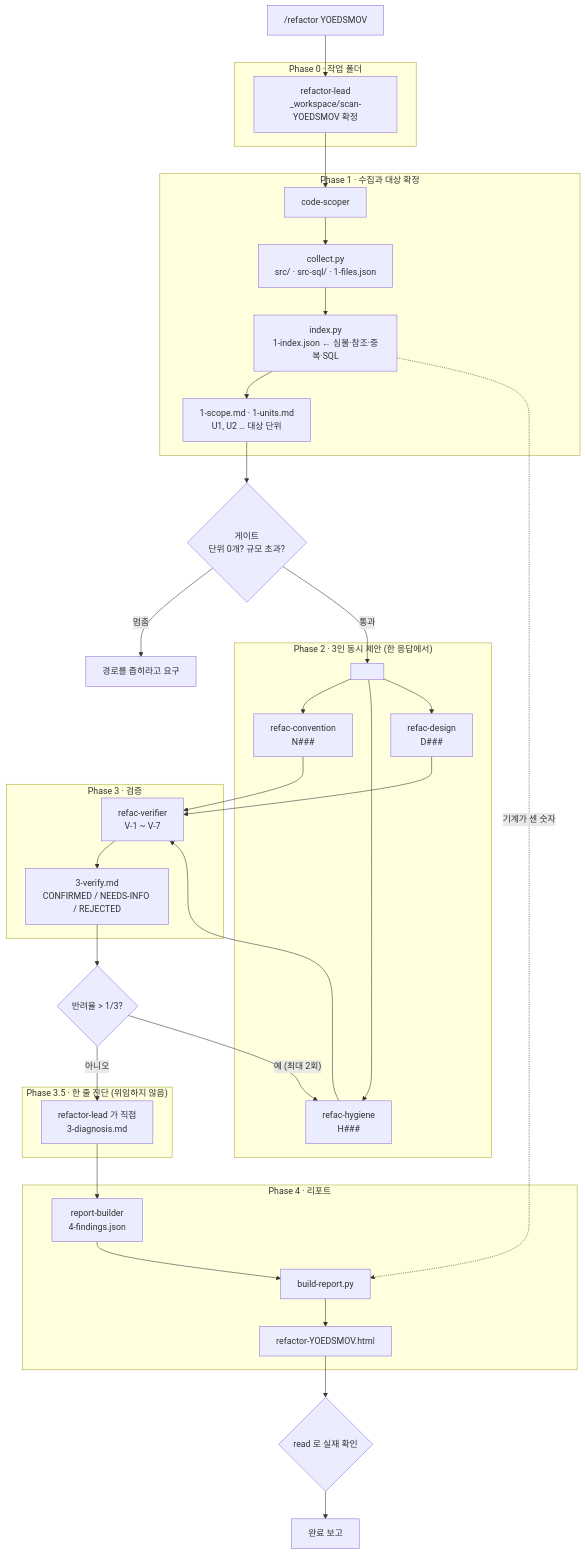
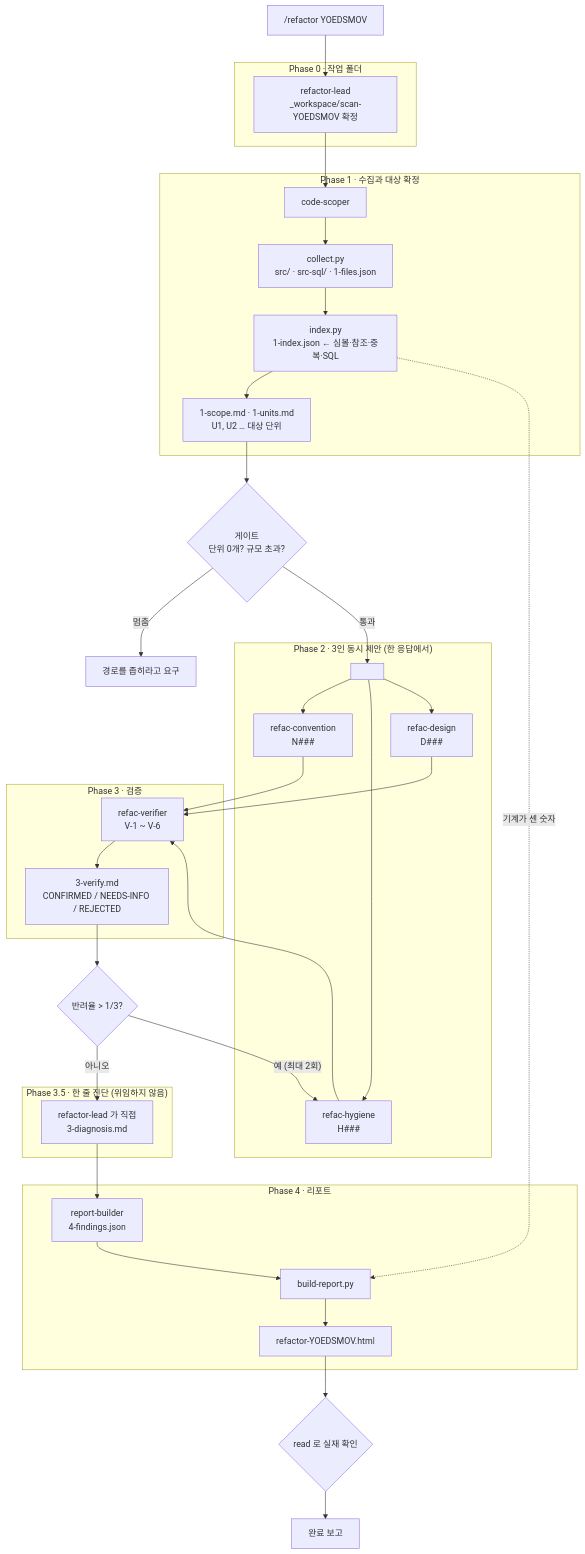
The diagram in 09-refactor-oi/docs/how-it-works.md (Wookshin/opencode-harness-samples), drawn with Mermaid before and after one commit. The commit also changed other lines of this file and 18 other files, not shown here.

````diff
--- a/09-refactor-oi/docs/how-it-works.md
+++ b/09-refactor-oi/docs/how-it-works.md
@@ -35,57 +36,57 @@
 ```mermaid
 flowchart TD
     U["/refactor YOEDSMOV"] --> L0
 
     subgraph P0["Phase 0 · 작업 폴더"]
       L0["refactor-lead<br/>_workspace/scan-YOEDSMOV 확정"]
     end
 
     L0 --> S
 
     subgraph P1["Phase 1 · 수집과 대상 확정"]
       S["code-scoper"]
       S --> C["collect.py<br/>src/ · src-sql/ · 1-files.json"]
       C --> I["index.py<br/>1-index.json ← 심볼·참조·중복·SQL"]
       I --> U1["1-scope.md · 1-units.md<br/>U1, U2 … 대상 단위"]
     end
 
     U1 --> G1{"게이트<br/>단위 0개? 규모 초과?"}
     G1 -- "멈춤" --> X1["경로를 좁히라고 요구"]
     G1 -- "통과" --> F
 
     subgraph P2["Phase 2 · 3인 동시 제안 (한 응답에서)"]
       F[" "]
       F --> A1["refac-convention<br/>N###"]
       F --> A2["refac-hygiene<br/>H###"]
       F --> A3["refac-design<br/>D###"]
     end
 
     A1 --> V
     A2 --> V
     A3 --> V
 
     subgraph P3["Phase 3 · 검증"]
-      V["refac-verifier<br/>V-1 ~ V-7"]
+      V["refac-verifier<br/>V-1 ~ V-6"]
       V --> VR["3-verify.md<br/>CONFIRMED / NEEDS-INFO / REJECTED"]
     end
 
     VR --> G2{"반려율 > 1/3?"}
     G2 -- "예 (최대 2회)" --> A2
     G2 -- "아니오" --> RM
 
     subgraph P35["Phase 3.5 · 한 줄 진단 (위임하지 않음)"]
       RM["refactor-lead 가 직접<br/>3-diagnosis.md"]
     end
 
     RM --> B
 
     subgraph P4["Phase 4 · 리포트"]
       B["report-builder<br/>4-findings.json"]
       B --> BR["build-report.py"]
       I -. "기계가 센 숫자" .-> BR
       BR --> H["refactor-YOEDSMOV.html"]
     end
 
     H --> G3{"read 로 실재 확인"}
     G3 --> DONE["완료 보고"]
 ```
````
